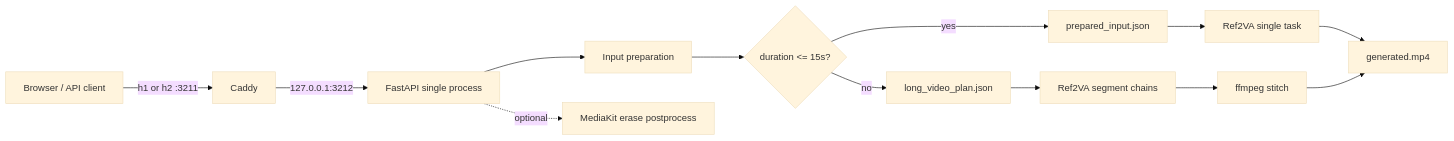
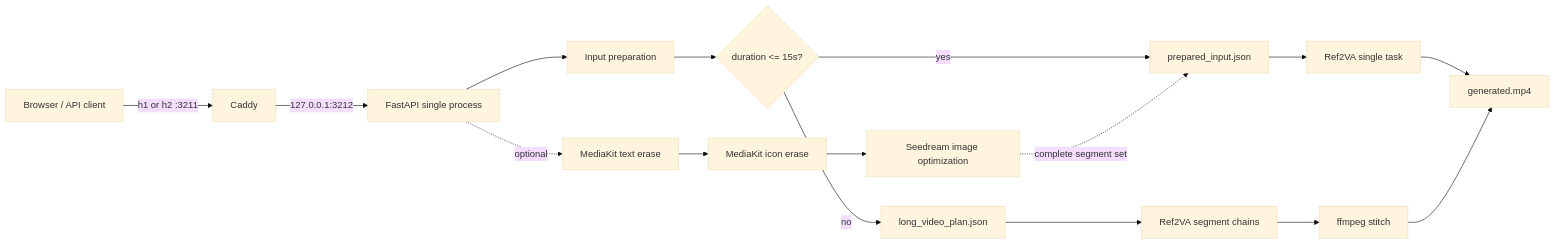
One commit to xy-plus/duet-ad changed the first of 3 diagrams in docs/agent/architecture/architecture.md. Above: the diagram before and after it, drawn with Mermaid (base theme). The commit also changed other lines of this file and 8 other files, not shown here.

Commit message:
docs: document Seedream image optimization pipeline

````diff
--- a/docs/agent/architecture/architecture.md
+++ b/docs/agent/architecture/architecture.md
@@ -17,15 +17,18 @@
 ```mermaid
 flowchart LR
   U[Browser / API client] -->|h1 or h2 :3211| C[Caddy]
   C -->|127.0.0.1:3212| A[FastAPI single process]
   A --> P[Input preparation]
   P --> Q{duration <= 15s?}
   Q -->|yes| R[prepared_input.json]
   Q -->|no| L[long_video_plan.json]
   R --> H[Ref2VA single task]
   L --> F[Ref2VA segment chains]
   H --> V[generated.mp4]
   F --> X[ffmpeg stitch]
   X --> V
-  A -. optional .-> S[MediaKit erase postprocess]
+  A -. optional .-> S[MediaKit text erase]
+  S --> I[MediaKit icon erase]
+  I --> D[Seedream image optimization]
+  D -. complete segment set .-> R
 ```
````
